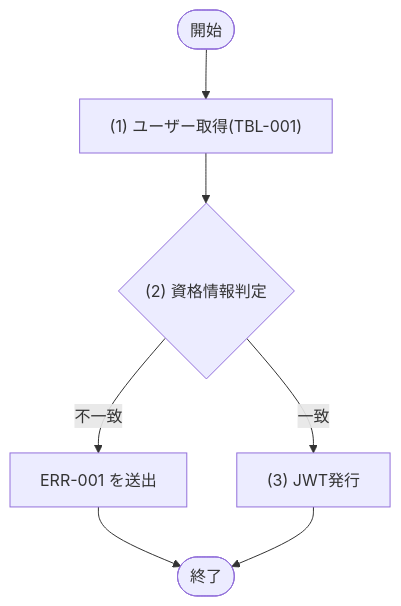
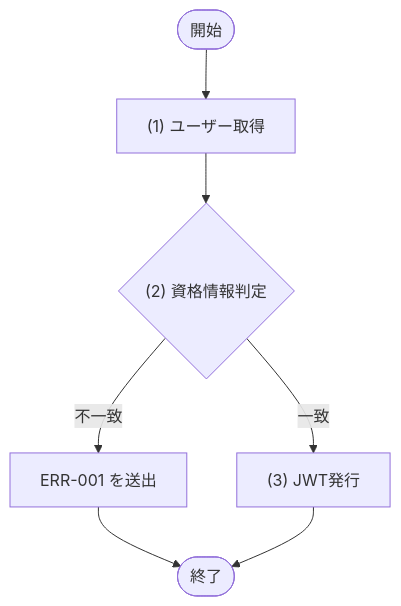
One commit to sikakou54/system-document-template changed the first of 2 diagrams in docs/02_機能設計/05_モジュール設計/MOD-001_認証サービス.md. Above: the diagram before and after it, drawn with Mermaid. The commit also changed other lines of this file and 128 other files, not shown here.

````diff
--- a/docs/02_機能設計/05_モジュール設計/MOD-001_認証サービス.md
+++ b/docs/02_機能設計/05_モジュール設計/MOD-001_認証サービス.md
@@ -31,13 +51,13 @@
 ```mermaid
 flowchart TD
   Start([開始])
-  P1["(1) ユーザー取得(TBL-001)"]
+  P1["(1) ユーザー取得"]
   D1{"(2) 資格情報判定"}
   P2["(3) JWT発行"]
   E1["ERR-001 を送出"]
   End([終了])
 
   Start --> P1 --> D1
   D1 -- "不一致" --> E1 --> End
   D1 -- "一致" --> P2 --> End
 ```
````
